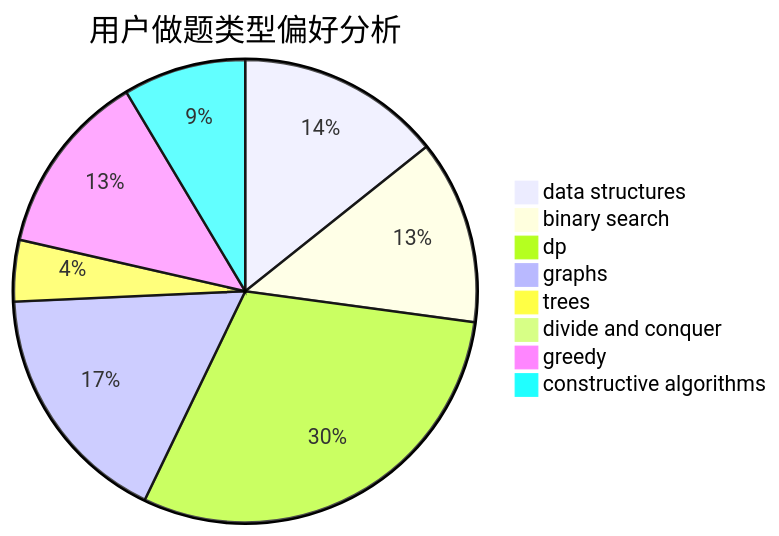
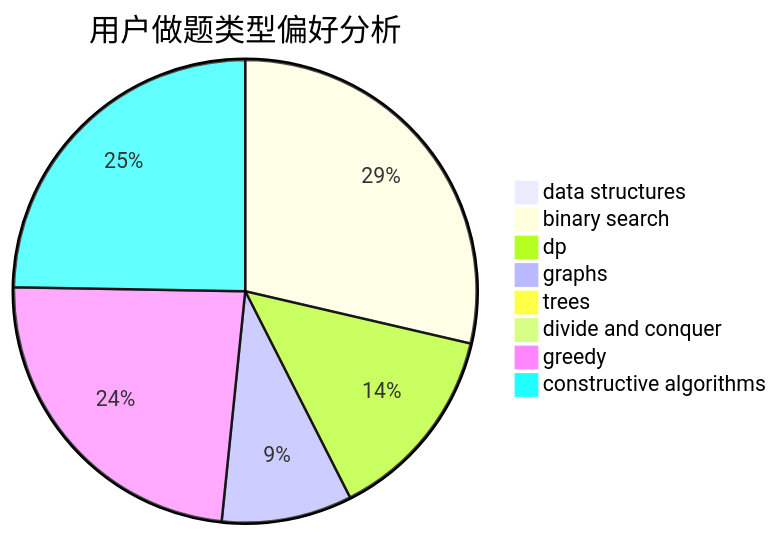
The second of 3 diagrams in docs/user/u193.md (sherpahu/cfrs.github.io), drawn with Mermaid before and after one commit. The commit also changed other lines of this file and 2770 other files, not shown here.

````diff
--- a/docs/user/u193.md
+++ b/docs/user/u193.md
@@ -23,11 +23,11 @@
 ```mermaid
 pie title 用户做题类型偏好分析
-    "data structures" :  20
-    "binary search" :  18
-    "dp" :  42
-    "graphs" :  24
-    "trees" :  6
+    "data structures" :  2
+    "binary search" :  132
+    "dp" :  64
+    "graphs" :  42
+    "trees" :  0
     "divide and conquer" :  0
-    "greedy" :  18
-    "constructive algorithms" :  12
+    "greedy" :  109
+    "constructive algorithms" :  114
 ```
````
